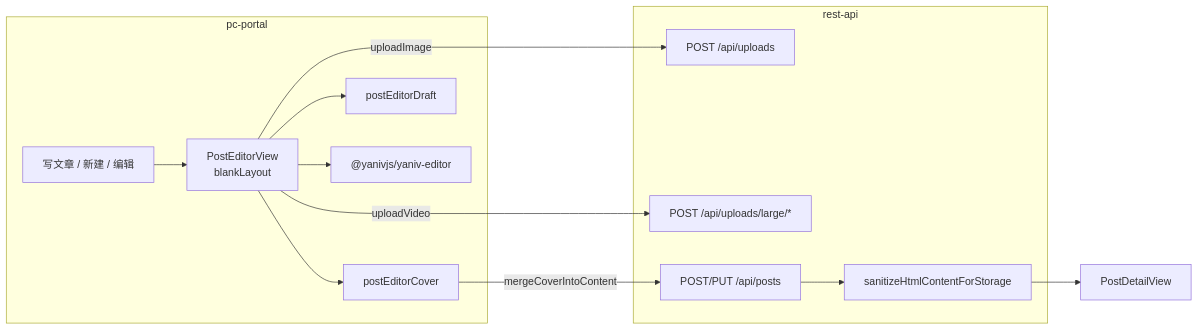
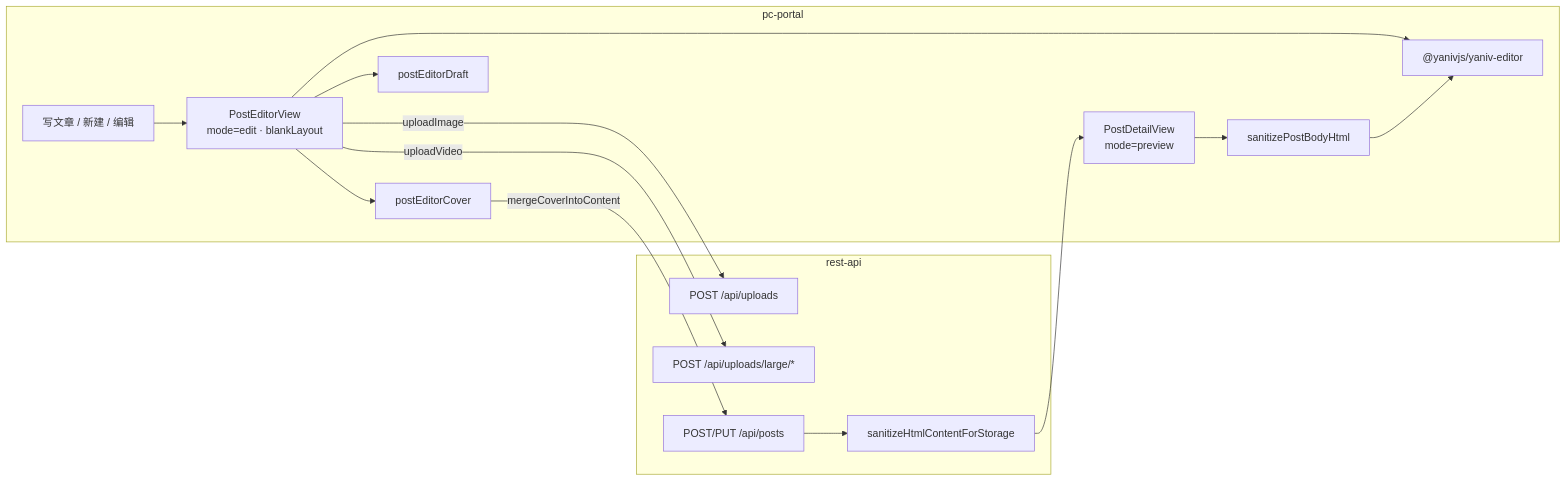
Before and after one commit to YanivWang/express-vue3-monorepo: the diagram in docs/pc-portal-yaniv-editor.md, drawn with Mermaid. The commit also changed other lines of this file and 2 other files, not shown here.

````diff
--- a/docs/pc-portal-yaniv-editor.md
+++ b/docs/pc-portal-yaniv-editor.md
@@ -24,23 +26,26 @@
 ```mermaid
 flowchart LR
   subgraph portal [pc-portal]
     Entry["写文章 / 新建 / 编辑"]
-    EditorPage["PostEditorView\nblankLayout"]
+    EditorPage["PostEditorView\nmode=edit · blankLayout"]
+    DetailPage["PostDetailView\nmode=preview"]
     Cover["postEditorCover"]
     Draft["postEditorDraft"]
+    SanitizeFE["sanitizePostBodyHtml"]
     Yaniv["@yanivjs/yaniv-editor"]
     Entry --> EditorPage --> Yaniv
     EditorPage --> Cover
     EditorPage --> Draft
+    DetailPage --> SanitizeFE --> Yaniv
   end
   subgraph api [rest-api]
     ImgUpload["POST /api/uploads"]
     LargeUpload["POST /api/uploads/large/*"]
     Posts["POST/PUT /api/posts"]
     Sanitize["sanitizeHtmlContentForStorage"]
   end
   EditorPage -->|"uploadImage"| ImgUpload
   EditorPage -->|"uploadVideo"| LargeUpload
   Cover -->|"mergeCoverIntoContent"| Posts --> Sanitize
-  Sanitize --> Detail["PostDetailView"]
+  Sanitize --> DetailPage
 ```
````
